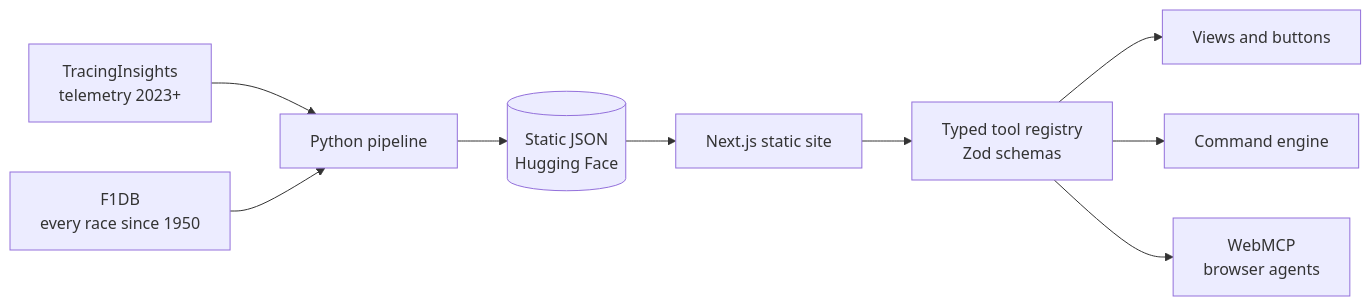
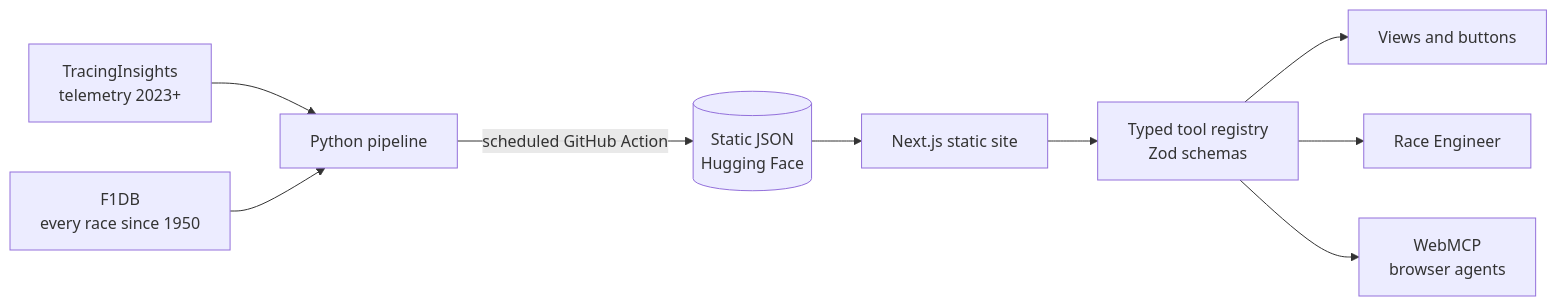
One commit to SunTribe1/unbox-box changed the diagram in README.md. Above: the diagram before and after it, drawn with Mermaid. The commit also changed other lines of this file and 83 other files, not shown here.

````diff
--- a/README.md
+++ b/README.md
@@ -90,11 +129,11 @@
 ```mermaid
 flowchart LR
   TI[TracingInsights<br/>telemetry 2023+] --> P[Python pipeline]
   DB[F1DB<br/>every race since 1950] --> P
-  P --> D[(Static JSON<br/>Hugging Face)]
+  P -->|scheduled GitHub Action| D[(Static JSON<br/>Hugging Face)]
   D --> W[Next.js static site]
   W --> R[Typed tool registry<br/>Zod schemas]
   R --> UI[Views and buttons]
-  R --> E[Command engine]
+  R --> E[Race Engineer]
   R --> M[WebMCP<br/>browser agents]
 ```
````
